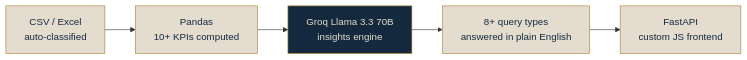
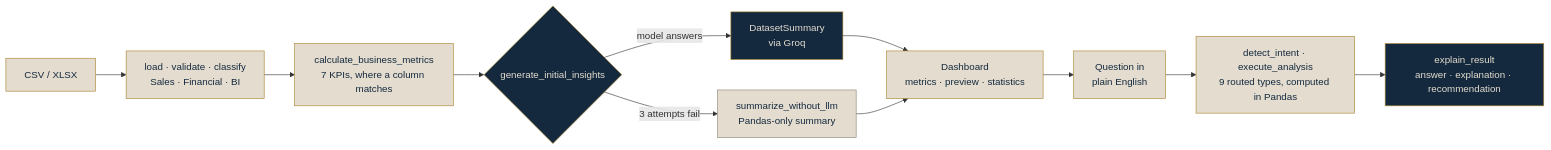
One commit to WnagarAryan/WnagarAryan changed the second of 2 diagrams in README.md. Above: the diagram before and after it, drawn with Mermaid. The commit also changed other lines of this file, not shown here.

First line of the commit message:
docs: use the repo diagrams on the profile

````diff
--- a/README.md
+++ b/README.md
@@ -222,13 +224,27 @@
 ```mermaid
 flowchart LR
-    A["CSV / Excel<br/>auto-classified"] --> B["Pandas<br/>10+ KPIs computed"]
-    B --> C["Groq Llama 3.3 70B<br/>insights engine"]
-    C --> D["8+ query types<br/>answered in plain English"]
-    D --> E["FastAPI<br/>custom JS frontend"]
+    A["CSV / XLSX"] --> B["load · validate · classify<br/>Sales · Financial · BI"]
+    B --> C["calculate_business_metrics<br/>7 KPIs, where a column matches"]
+    C --> S{"generate_initial_insights"}
 
-    style A fill:#e4ddcf,color:#14293e,stroke:#a9832f
-    style B fill:#e4ddcf,color:#14293e,stroke:#a9832f
-    style C fill:#14293e,color:#e4ddcf,stroke:#a9832f
-    style D fill:#e4ddcf,color:#14293e,stroke:#a9832f
-    style E fill:#e4ddcf,color:#14293e,stroke:#a9832f
+    S -->|"model answers"| SA["DatasetSummary<br/>via Groq"]
+    S -->|"3 attempts fail"| SB["summarize_without_llm<br/>Pandas-only summary"]
+
+    SA --> D["Dashboard<br/>metrics · preview · statistics"]
+    SB --> D
+
+    D --> Q["Question in<br/>plain English"]
+    Q --> X["detect_intent · execute_analysis<br/>9 routed types, computed in Pandas"]
+    X --> E["explain_result<br/>answer · explanation · recommendation"]
+
+    style A  fill:#e4ddcf,color:#14293e,stroke:#a9832f
+    style B  fill:#e4ddcf,color:#14293e,stroke:#a9832f
+    style C  fill:#e4ddcf,color:#14293e,stroke:#a9832f
+    style S  fill:#14293e,color:#e4ddcf,stroke:#a9832f
+    style SA fill:#14293e,color:#e4ddcf,stroke:#a9832f
+    style SB fill:#e4ddcf,color:#14293e,stroke:#8c8474
+    style D  fill:#e4ddcf,color:#14293e,stroke:#a9832f
+    style Q  fill:#e4ddcf,color:#14293e,stroke:#a9832f
+    style X  fill:#e4ddcf,color:#14293e,stroke:#a9832f
+    style E  fill:#14293e,color:#e4ddcf,stroke:#a9832f
 ```
````
